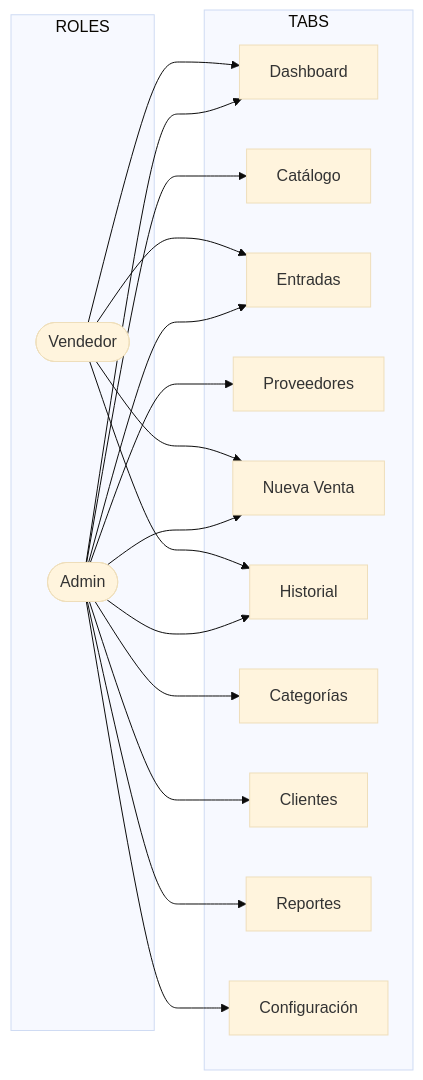
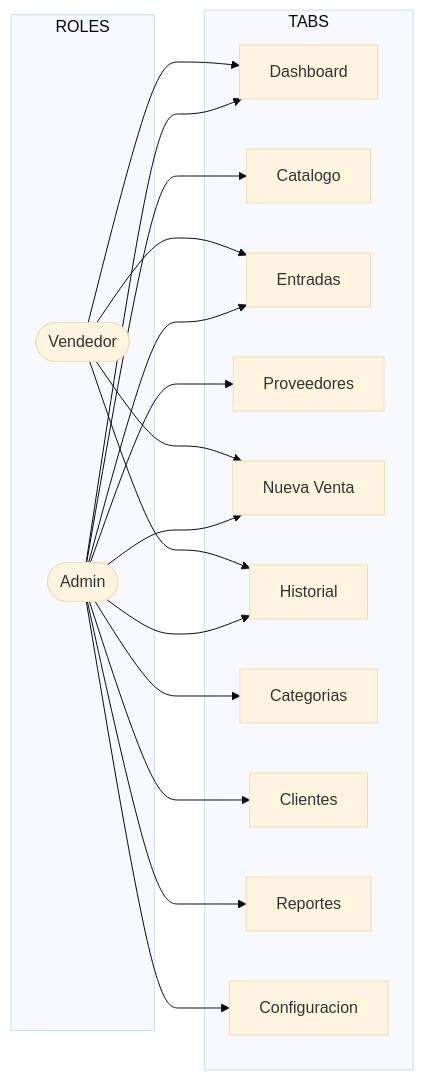
The second of 3 diagrams in docs/diagrams/FLOW-LOGIN.md (seqencia/InventoryProyectHome), drawn with Mermaid (base theme) before and after one commit. The commit also changed other lines of this file and 6 other files, not shown here.

First line of the commit message:
fix: correct Mermaid syntax errors in all diagrams

````diff
--- a/docs/diagrams/FLOW-LOGIN.md
+++ b/docs/diagrams/FLOW-LOGIN.md
@@ -35,36 +35,36 @@
 ```mermaid
 flowchart LR
     subgraph ROLES
         A([Admin])
         V([Vendedor])
     end
 
     subgraph TABS
         T1[Dashboard]
-        T2[Catálogo]
+        T2[Catalogo]
         T3[Entradas]
         T4[Proveedores]
         T5[Nueva Venta]
         T6[Historial]
-        T7[Categorías]
+        T7[Categorias]
         T8[Clientes]
         T9[Reportes]
-        T10[Configuración]
+        T10[Configuracion]
     end
 
     A --> T1
     A --> T2
     A --> T3
     A --> T4
     A --> T5
     A --> T6
     A --> T7
     A --> T8
     A --> T9
     A --> T10
 
     V --> T1
     V --> T3
     V --> T5
     V --> T6
 ```
````
